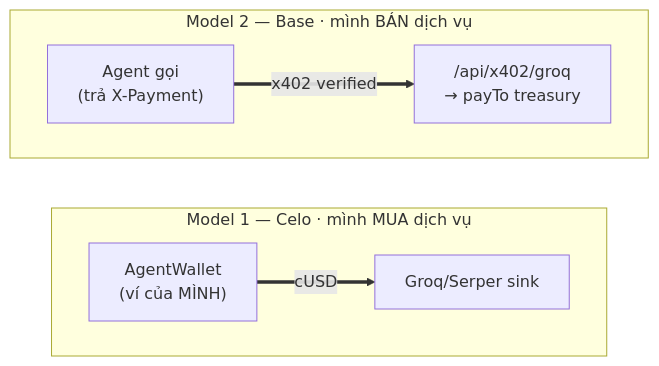
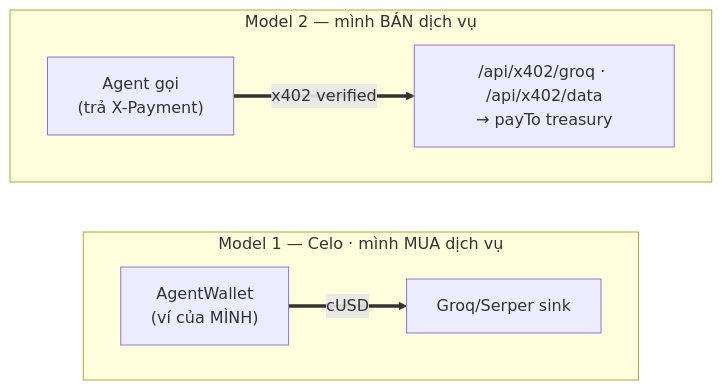
One commit to hms1499/shippost changed the seventh of 13 diagrams in docs/ARCHITECTURE.md. Above: the diagram before and after it, drawn with Mermaid. The commit also changed other lines of this file and 1 other file, not shown here.

````diff
--- a/docs/ARCHITECTURE.md
+++ b/docs/ARCHITECTURE.md
@@ -196,11 +210,11 @@
 ```mermaid
 flowchart LR
     subgraph M1["Model 1 — Celo · mình MUA dịch vụ"]
         direction LR
         AW["AgentWallet<br/>(ví của MÌNH)"] ==>|"cUSD"| Svc["Groq/Serper sink"]
     end
-    subgraph M2["Model 2 — Base · mình BÁN dịch vụ"]
+    subgraph M2["Model 2 — mình BÁN dịch vụ"]
         direction LR
-        Caller["Agent gọi<br/>(trả X-Payment)"] ==>|"x402 verified"| Me["/api/x402/groq<br/>→ payTo treasury"]
+        Caller["Agent gọi<br/>(trả X-Payment)"] ==>|"x402 verified"| Me["/api/x402/groq · /api/x402/data<br/>→ payTo treasury"]
     end
 ```
````
